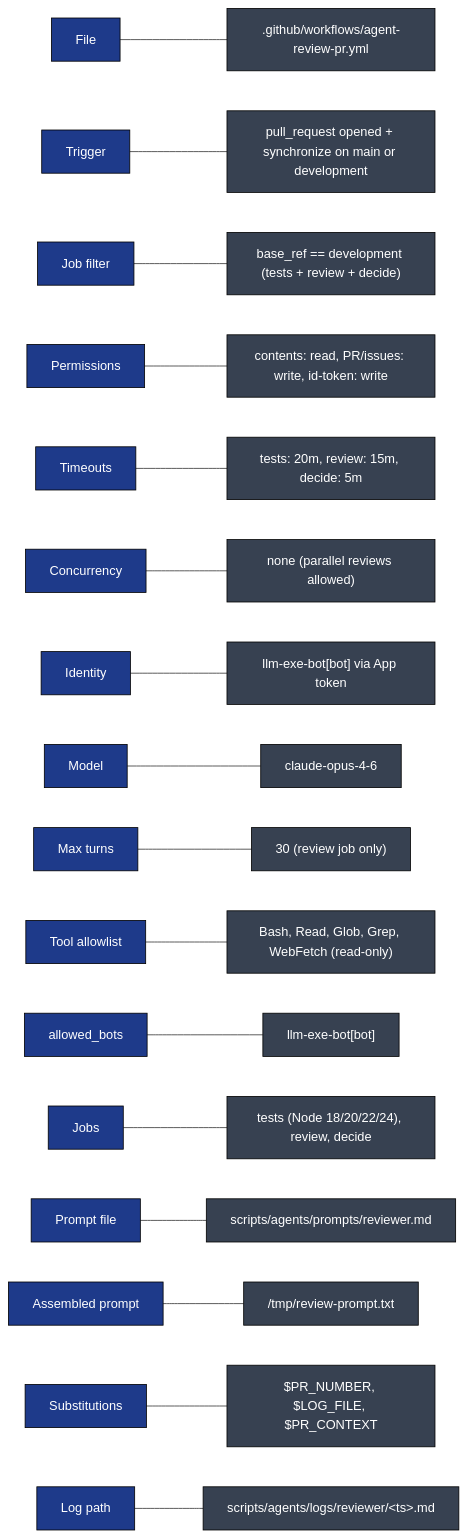
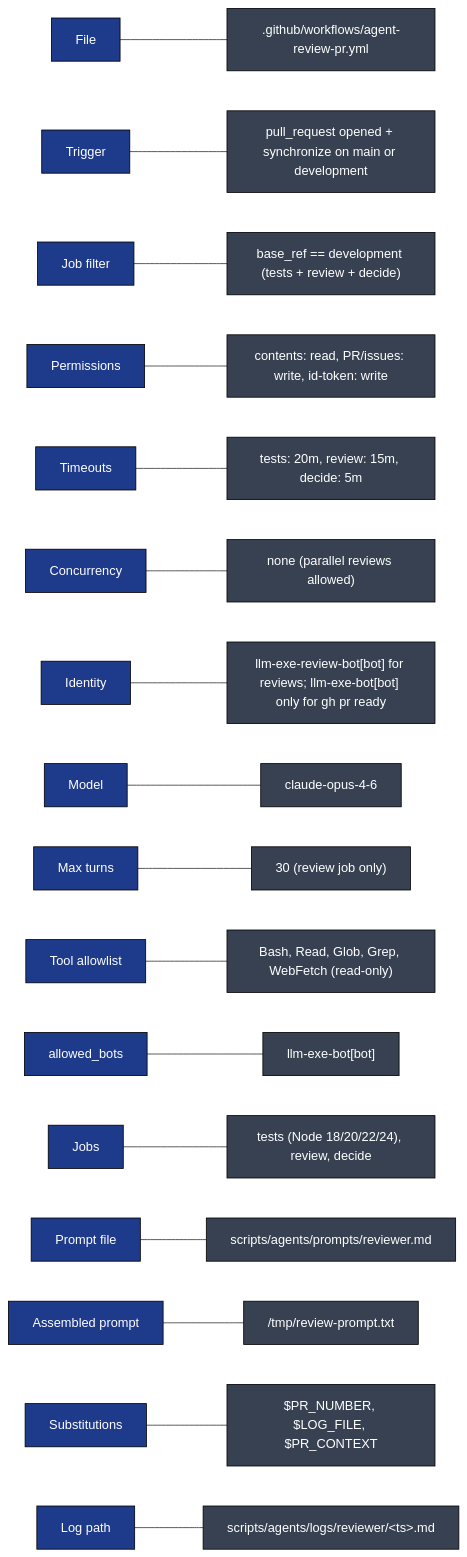
Before and after one commit to gregreindel/llm-exe: diagram 12 of 12 in .github/docs/AGENT_REVIEW_PR_DEEP_DIVE.md, drawn with Mermaid. The commit also changed other lines of this file and 2 other files, not shown here.

Commit message:
use review bot in workflows

````diff
--- a/.github/docs/AGENT_REVIEW_PR_DEEP_DIVE.md
+++ b/.github/docs/AGENT_REVIEW_PR_DEEP_DIVE.md
@@ -580,22 +586,22 @@
 ```mermaid
 flowchart LR
     classDef k fill:#1e3a8a,color:#fff,stroke:#000
     classDef v fill:#374151,color:#fff,stroke:#000
 
     K1["File"]:::k --- V1[".github/workflows/agent-review-pr.yml"]:::v
     K2["Trigger"]:::k --- V2["pull_request opened + synchronize on main or development"]:::v
     K3["Job filter"]:::k --- V3["base_ref == development (tests + review + decide)"]:::v
     K4["Permissions"]:::k --- V4["contents: read, PR/issues: write, id-token: write"]:::v
     K5["Timeouts"]:::k --- V5["tests: 20m, review: 15m, decide: 5m"]:::v
     K6["Concurrency"]:::k --- V6["none (parallel reviews allowed)"]:::v
-    K7["Identity"]:::k --- V7["llm-exe-bot[bot] via App token"]:::v
+    K7["Identity"]:::k --- V7["llm-exe-review-bot[bot] for reviews; llm-exe-bot[bot] only for gh pr ready"]:::v
     K8["Model"]:::k --- V8["claude-opus-4-6"]:::v
     K9["Max turns"]:::k --- V9["30 (review job only)"]:::v
     K10["Tool allowlist"]:::k --- V10["Bash, Read, Glob, Grep, WebFetch (read-only)"]:::v
     K11["allowed_bots"]:::k --- V11["llm-exe-bot[bot]"]:::v
     K12["Jobs"]:::k --- V12["tests (Node 18/20/22/24), review, decide"]:::v
     K13["Prompt file"]:::k --- V13["scripts/agents/prompts/reviewer.md"]:::v
     K14["Assembled prompt"]:::k --- V14["/tmp/review-prompt.txt"]:::v
     K15["Substitutions"]:::k --- V15["$PR_NUMBER, $LOG_FILE, $PR_CONTEXT"]:::v
     K16["Log path"]:::k --- V16["scripts/agents/logs/reviewer/&lt;ts&gt;.md"]:::v
 ```
````
